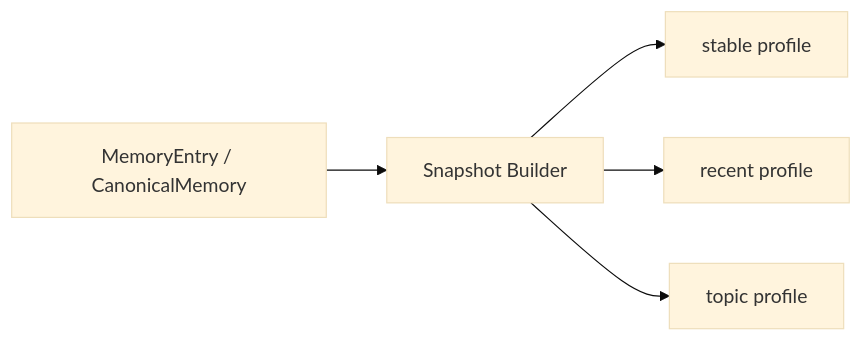
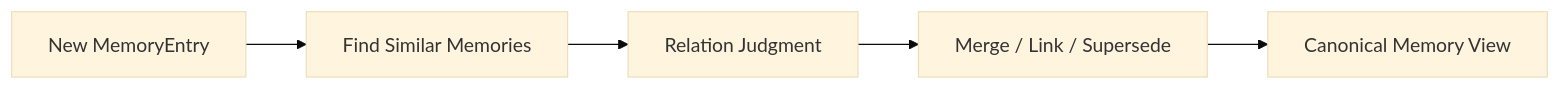
Diagram 13 of 23 in company_target/day1-day20-summary.md (pretextQ/Reminder), drawn with Mermaid (base theme) before and after one commit. The commit also changed other lines of this file and 4 other files, not shown here.

````diff
--- a/company_target/day1-day20-summary.md
+++ b/company_target/day1-day20-summary.md
@@ -386,7 +412,7 @@
 ```mermaid
 flowchart LR
-    A[MemoryEntry / CanonicalMemory] --> B[Snapshot Builder]
-    B --> C[stable profile]
-    B --> D[recent profile]
-    B --> E[topic profile]
+    A[New MemoryEntry] --> B[Find Similar Memories]
+    B --> C[Relation Judgment]
+    C --> D[Merge / Link / Supersede]
+    D --> E[Canonical Memory View]
 ```
````
